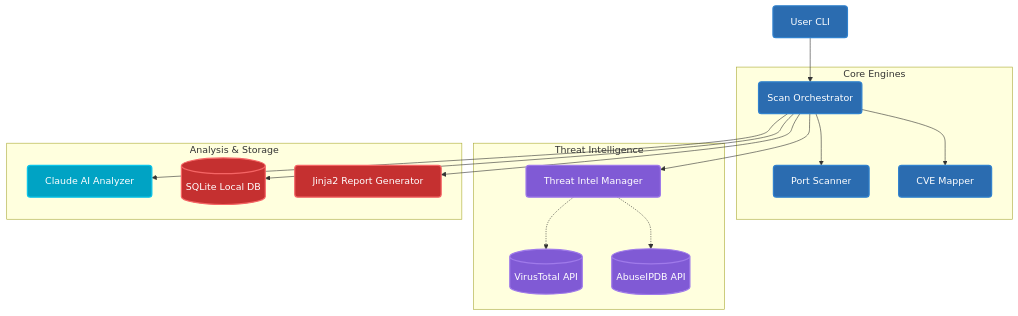
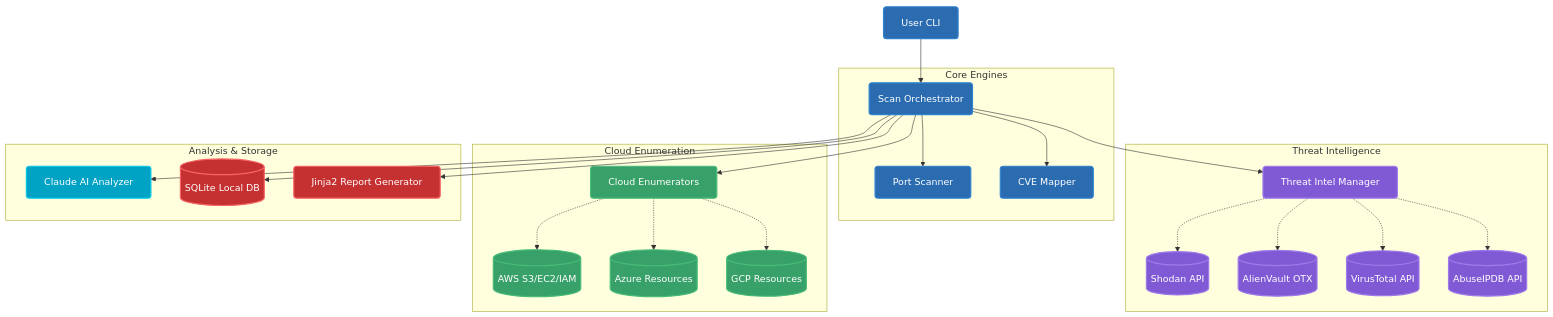
The diagram in README.md (shlok926/SentinelReconAI), drawn with Mermaid before and after one commit. The commit also changed other lines of this file, not shown here.

Commit message:
docs: Update README for v1.5 and v2.0 releases (Threat Intel & Cloud Enumeration)

````diff
--- a/README.md
+++ b/README.md
@@ -87,26 +89,36 @@
 ```mermaid
 graph TD
     classDef core fill:#2b6cb0,stroke:#3182ce,stroke-width:2px,color:#fff,rx:5px
     classDef intel fill:#805ad5,stroke:#9f7aea,stroke-width:2px,color:#fff,rx:5px
     classDef ai fill:#00a3c4,stroke:#0bc5ea,stroke-width:2px,color:#fff,rx:5px
     classDef data fill:#c53030,stroke:#f56565,stroke-width:2px,color:#fff,rx:5px
+    classDef cloud fill:#38a169,stroke:#48bb78,stroke-width:2px,color:#fff,rx:5px
 
     U[User CLI]:::core --> O(Scan Orchestrator):::core
     
     subgraph Core Engines
         O --> PS[Port Scanner]:::core
         O --> CM[CVE Mapper]:::core
     end
     
     subgraph Threat Intelligence
         O --> TI[Threat Intel Manager]:::intel
+        TI -.-> SH[(Shodan API)]:::intel
+        TI -.-> OT[(AlienVault OTX)]:::intel
         TI -.-> VT[(VirusTotal API)]:::intel
         TI -.-> AB[(AbuseIPDB API)]:::intel
+    end
+    
+    subgraph Cloud Enumeration
+        O --> CE[Cloud Enumerators]:::cloud
+        CE -.-> AWS[(AWS S3/EC2/IAM)]:::cloud
+        CE -.-> AZ[(Azure Resources)]:::cloud
+        CE -.-> GCP[(GCP Resources)]:::cloud
     end
     
     subgraph Analysis & Storage
         O --> AI[Claude AI Analyzer]:::ai
         O --> DB[(SQLite Local DB)]:::data
         O --> RG[Jinja2 Report Generator]:::data
     end
 ```
````
